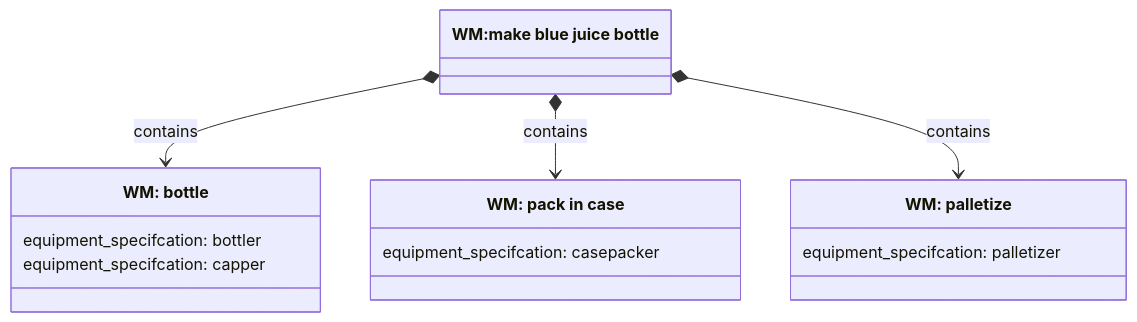
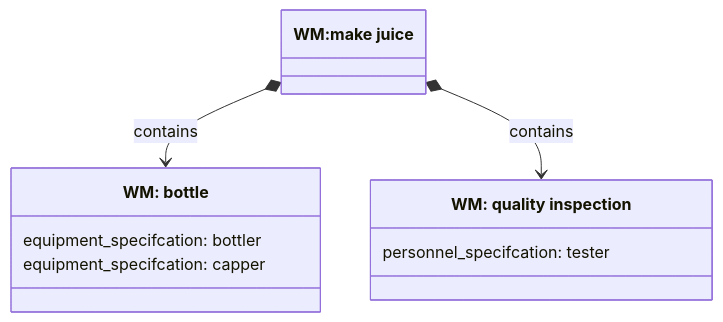
The fifth of 7 diagrams in content/isa-95/models-of-work/work-masters.md (libremfg/rhize-docs), drawn with Mermaid before and after one commit. The commit also changed other lines of this file, not shown here.

Commit message:
[Fix] update wm doc for feedback and formatting

````diff
--- a/content/isa-95/models-of-work/work-masters.md
+++ b/content/isa-95/models-of-work/work-masters.md
@@ -190,19 +184,15 @@
 ```mermaid
 classDiagram
 class `WM: bottle`{
 equipment_specifcation: bottler
 equipment_specifcation: capper
 }
-class `WM: pack in case`{
-equipment_specifcation: casepacker
-}
-class `WM: palletize`{
-equipment_specifcation: palletizer
+class `WM: quality inspection`{
+personnel_specifcation: tester
 }
 
-`WM:make blue juice bottle` *--> `WM: bottle` :contains
-`WM:make blue juice bottle` *--> `WM: pack in case` :contains
-`WM:make blue juice bottle` *--> `WM: palletize` :contains
+`WM:make juice` *--> `WM: bottle` :contains
+`WM:make juice` *--> `WM: quality inspection` :contains
 
 
 ```
````
